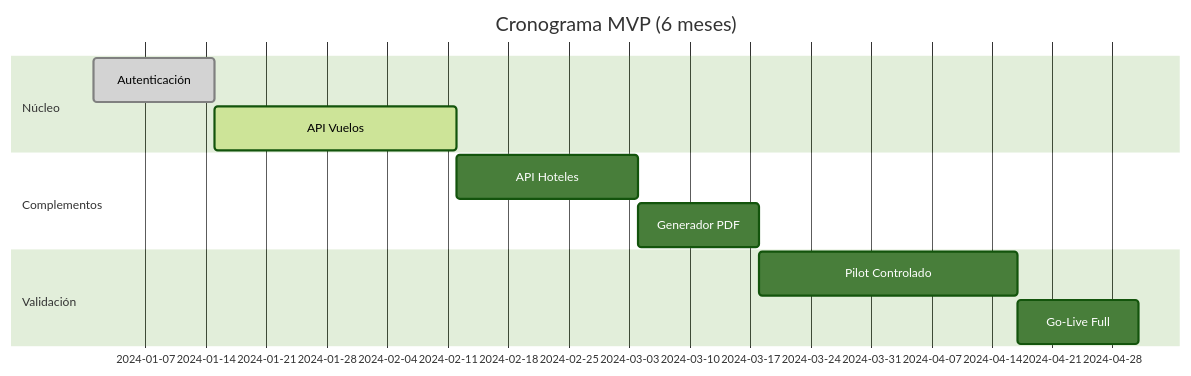
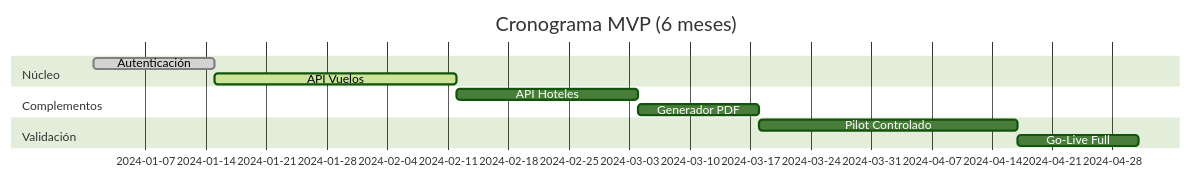
The first of 5 diagrams in DeepSeek_Django.md (MarcoCenturion/Linux), drawn with Mermaid before and after one commit. The commit also changed other lines of this file, not shown here.

````diff
--- a/DeepSeek_Django.md
+++ b/DeepSeek_Django.md
@@ -37,15 +38,15 @@
 ```mermaid
-%%{init: {'theme': 'forest', 'fontFamily': 'Arial', 'gantt': {'barHeight': 40}}}%%
+%%{init: {'theme': 'forest', 'fontFamily': 'Arial', 'gantt': {'barHeight': 10}}}%%
 gantt
     title Cronograma MVP (6 meses)
     dateFormat  YY-MM-DD
     section Núcleo
     Autenticación : done, auth, 24-01-01, 14d
     API Vuelos : active, vuelos, 24-01-15, 28d
     section Complementos
     API Hoteles : hoteles, 24-02-12, 21d
     Generador PDF : pdf, 24-03-04, 14d
     section Validación
     Pilot Controlado : pilot, 24-03-18, 30d
     Go-Live Full : golive, 24-04-17, 14d
 ```
````
